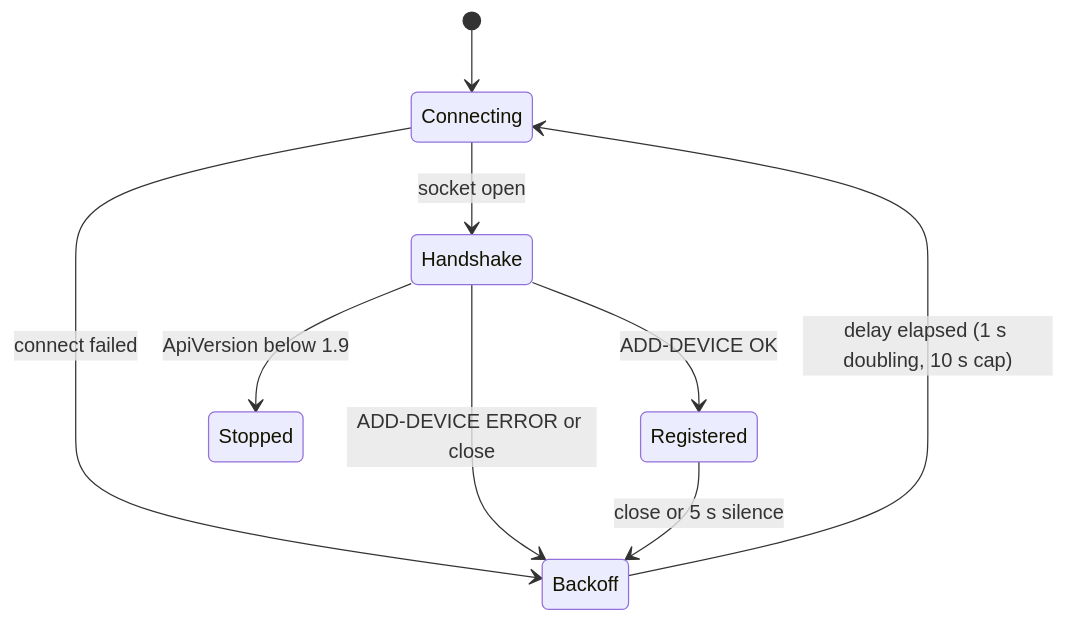
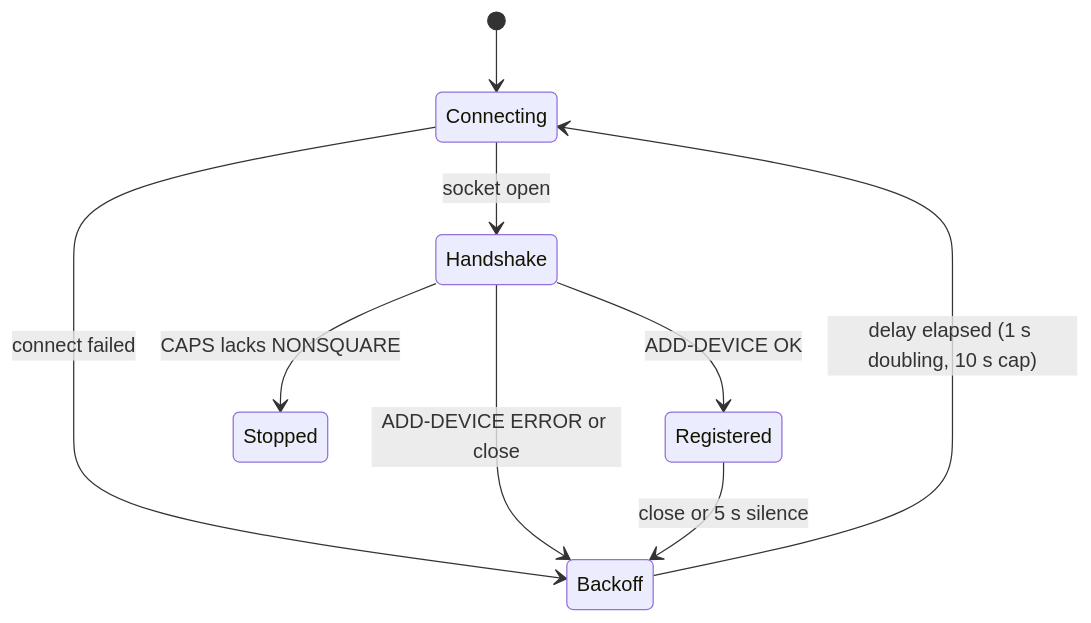
The fourth of 4 diagrams in docs/plans/2026-11-13-1722-feat-companion-network-deck-poc-plan.md (thiemok/opendeck-studio), drawn with Mermaid before and after one commit. The commit also changed other lines of this file, not shown here.

````diff
--- a/docs/plans/2026-11-13-1722-feat-companion-network-deck-poc-plan.md
+++ b/docs/plans/2026-11-13-1722-feat-companion-network-deck-poc-plan.md
@@ -239,11 +239,11 @@
 ```mermaid
 stateDiagram-v2
   [*] --> Connecting
   Connecting --> Handshake: socket open
   Connecting --> Backoff: connect failed
   Handshake --> Registered: ADD-DEVICE OK
-  Handshake --> Stopped: ApiVersion below 1.9
+  Handshake --> Stopped: CAPS lacks NONSQUARE
   Handshake --> Backoff: ADD-DEVICE ERROR or close
   Registered --> Backoff: close or 5 s silence
   Backoff --> Connecting: delay elapsed (1 s doubling, 10 s cap)
 ```
````
